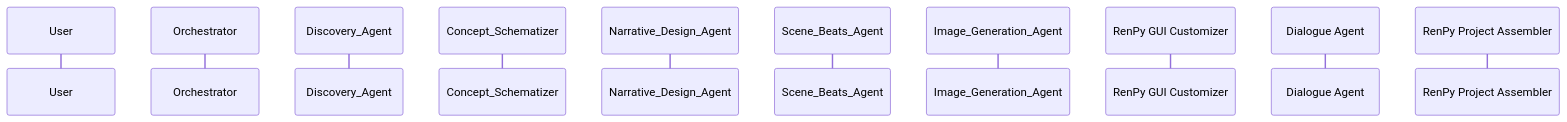
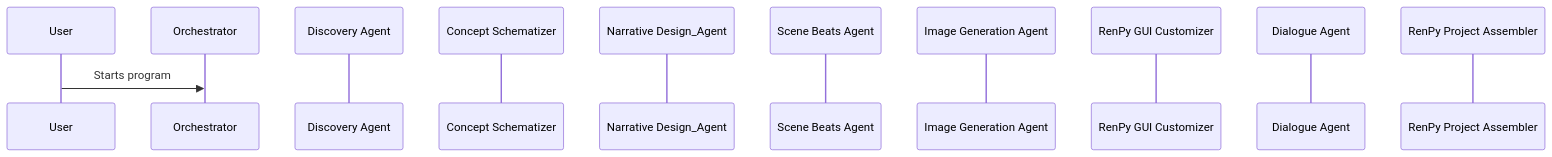
One commit to danglenzig/KARLA_PROD changed the diagram in README.md. Above: the diagram before and after it, drawn with Mermaid.

````diff
--- a/README.md
+++ b/README.md
@@ -108,13 +108,15 @@
 ```mermaid
 sequenceDiagram
     participant USER as User
     participant ORCH as Orchestrator
-    participant DISC as Discovery_Agent
-    participant CONC as Concept_Schematizer
-    participant NARR as Narrative_Design_Agent
-    participant BEAT as Scene_Beats_Agent
-    participant ARTS as Image_Generation_Agent
+    participant DISC as Discovery Agent
+    participant CONC as Concept Schematizer
+    participant NARR as Narrative Design_Agent
+    participant BEAT as Scene Beats Agent
+    participant ARTS as Image Generation Agent
     participant COLO as RenPy GUI Customizer
     participant DIAL as Dialogue Agent
     participant RNPY as RenPy Project Assembler
+
+    USER->>ORCH: Starts program
 ```
````
